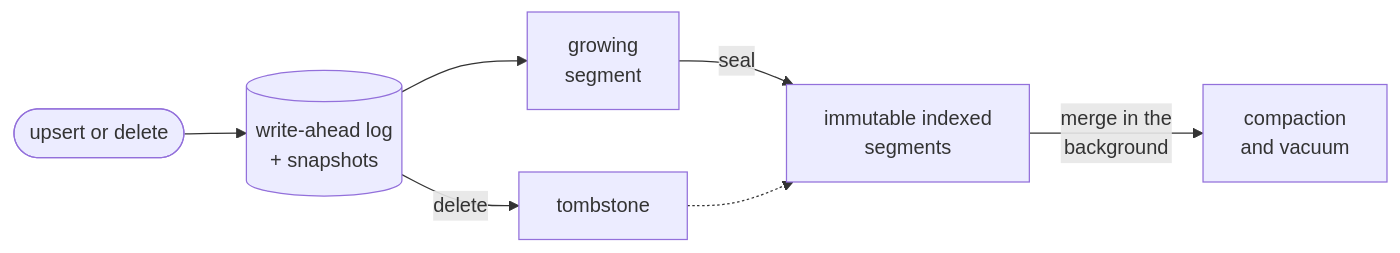
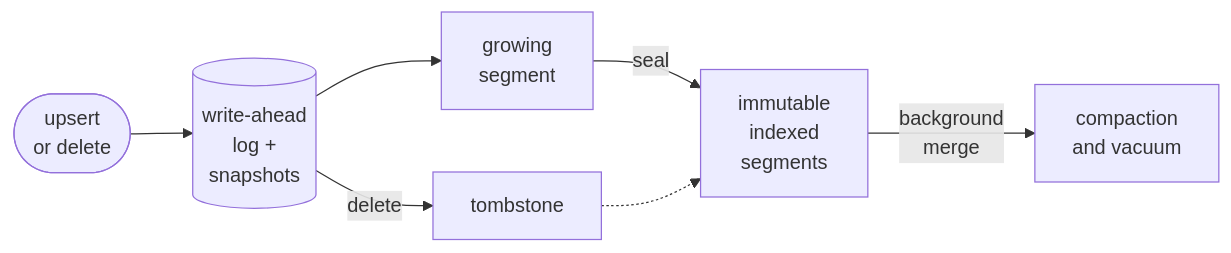
Before and after one commit to aniryou/full-stack-agentic-engineer: the second of 4 diagrams in 07-application-agent-framework/retrieval-rag/vector-databases-primer.md, drawn with Mermaid. The commit also changed other lines of this file and 211 other files, not shown here.

````diff
--- a/07-application-agent-framework/retrieval-rag/vector-databases-primer.md
+++ b/07-application-agent-framework/retrieval-rag/vector-databases-primer.md
@@ -212,9 +222,9 @@
 ```mermaid
 flowchart LR
-  U([upsert or delete]) --> L[("write-ahead log<br/>+ snapshots")]
+  U(["upsert<br/>or delete"]) --> L[("write-ahead<br/>log +<br/>snapshots")]
   L --> G["growing<br/>segment"]
-  G -->|seal| S["immutable indexed<br/>segments"]
+  G -->|seal| S["immutable<br/>indexed<br/>segments"]
   L -->|delete| D["tombstone"]
   D -.-> S
-  S -->|"merge in the<br/>background"| C["compaction<br/>and vacuum"]
+  S -->|"background<br/>merge"| C["compaction<br/>and vacuum"]
 ```
````
